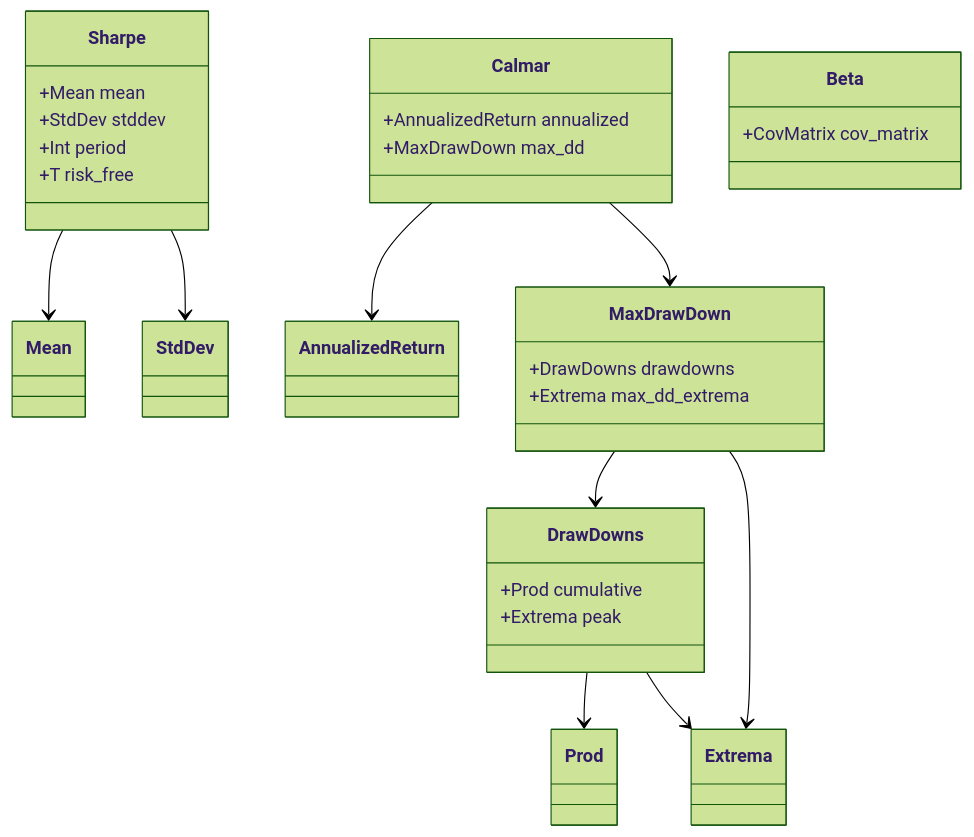
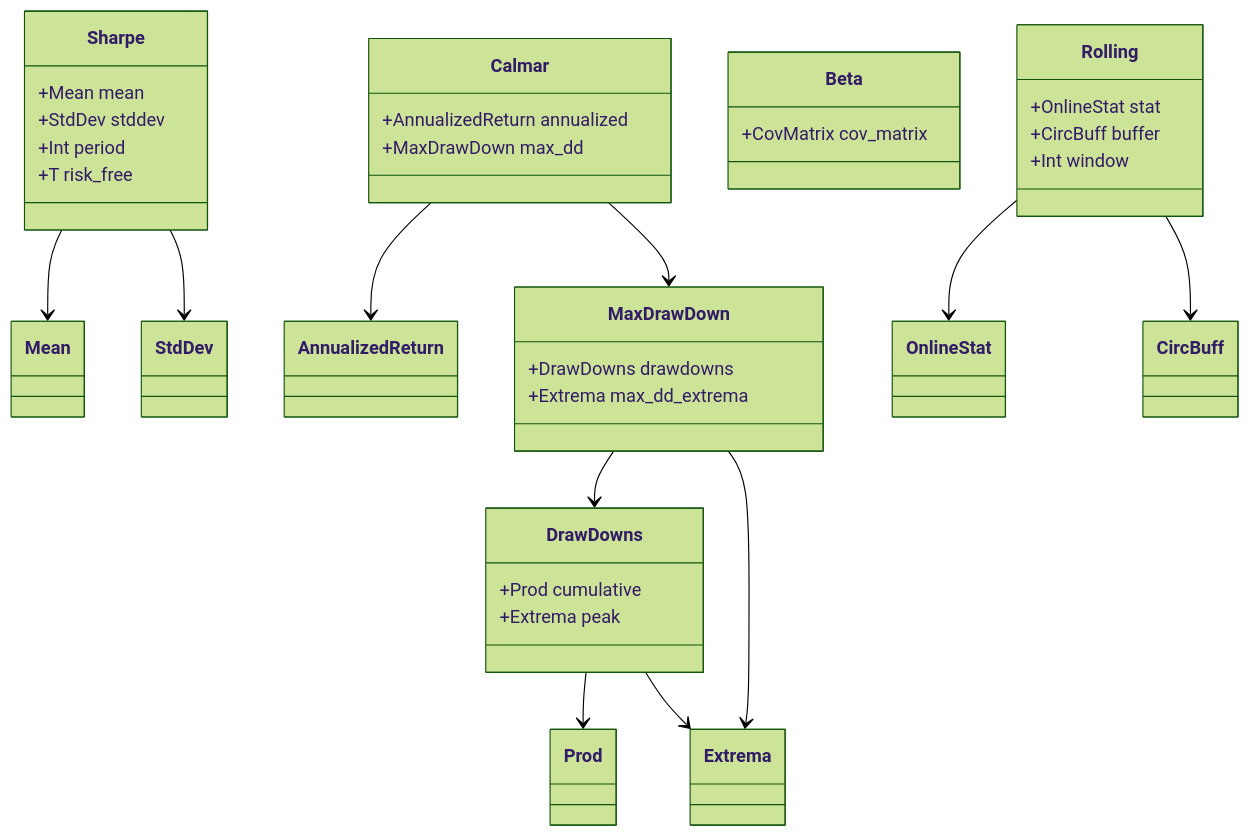
The third of 8 diagrams in WIKI.md (femtotrader/OnlinePortfolioAnalytics.jl), drawn with Mermaid (forest theme) before and after one commit. The commit also changed other lines of this file and 1 other file, not shown here.

````diff
--- a/WIKI.md
+++ b/WIKI.md
@@ -268,37 +322,45 @@
 ```mermaid
 classDiagram
     class Sharpe {
         +Mean mean
         +StdDev stddev
         +Int period
         +T risk_free
     }
 
     class Calmar {
         +AnnualizedReturn annualized
         +MaxDrawDown max_dd
     }
 
     class Beta {
         +CovMatrix cov_matrix
     }
 
     class MaxDrawDown {
         +DrawDowns drawdowns
         +Extrema max_dd_extrema
     }
 
     class DrawDowns {
         +Prod cumulative
         +Extrema peak
     }
 
+    class Rolling {
+        +OnlineStat stat
+        +CircBuff buffer
+        +Int window
+    }
+
     Sharpe --> Mean
     Sharpe --> StdDev
     Calmar --> AnnualizedReturn
     Calmar --> MaxDrawDown
     MaxDrawDown --> DrawDowns
     MaxDrawDown --> Extrema
     DrawDowns --> Prod
     DrawDowns --> Extrema
+    Rolling --> OnlineStat
+    Rolling --> CircBuff
 ```
````
